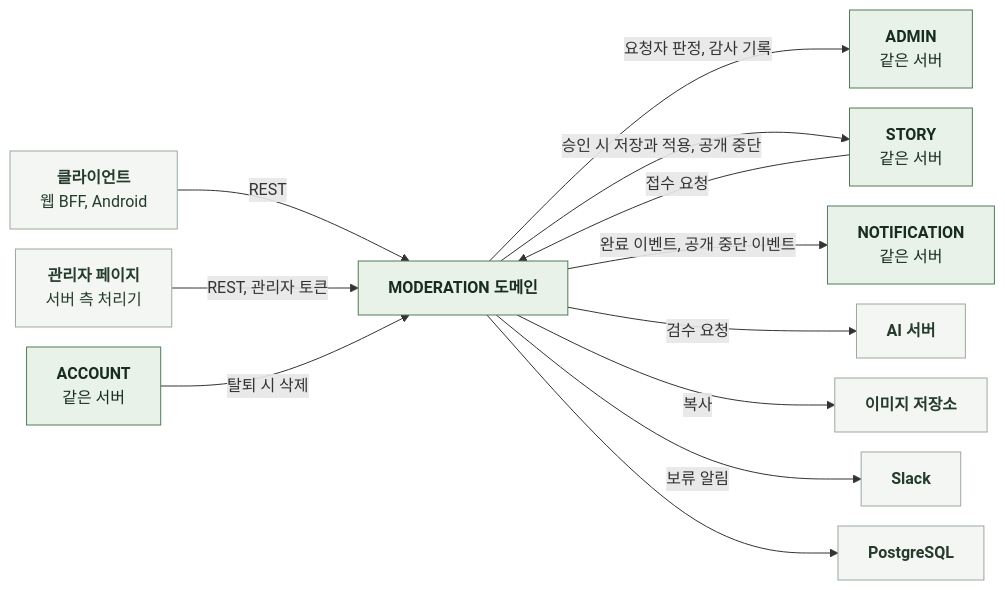
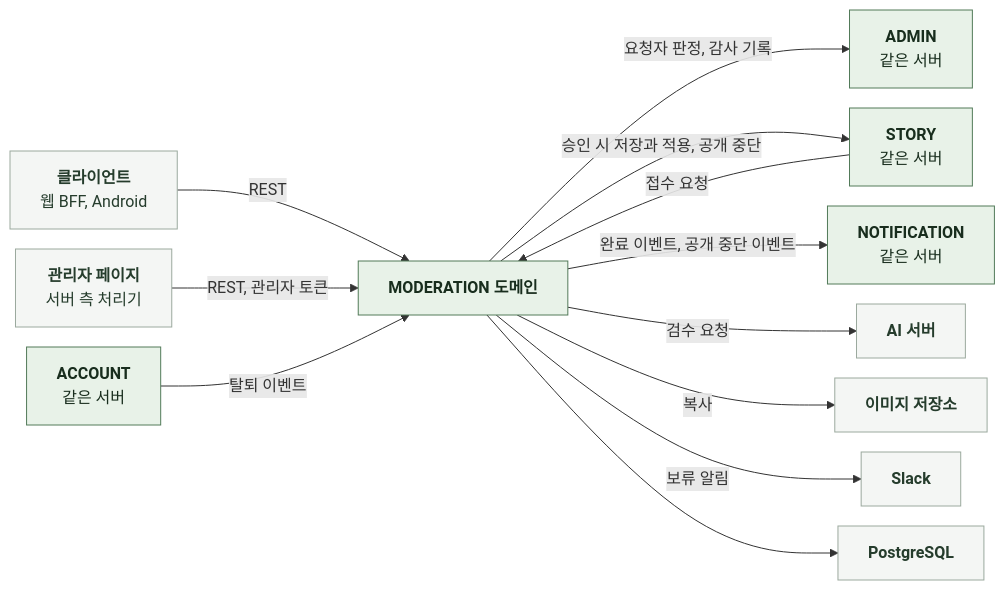
The diagram in docs/domain/MODERATION/BACKEND/3-1-SOFTWARE-ARCHITECTURE.md (KIM-N-KANG/knk-harness), drawn with Mermaid before and after one commit. The commit also changed other lines of this file and 13 other files, not shown here.

````diff
--- a/docs/domain/MODERATION/BACKEND/3-1-SOFTWARE-ARCHITECTURE.md
+++ b/docs/domain/MODERATION/BACKEND/3-1-SOFTWARE-ARCHITECTURE.md
@@ -22,25 +22,25 @@
 ```mermaid
 %%{init: {"flowchart": {"curve": "basis", "nodeSpacing": 20, "rankSpacing": 60}}}%%
 flowchart LR
     C["`**클라이언트**
 웹 BFF, Android`"] -->|REST| S["`**MODERATION 도메인**`"]
     AP["`**관리자 페이지**
 서버 측 처리기`"] -->|REST, 관리자 토큰| S
     S -->|요청자 판정, 감사 기록| AD["`**ADMIN**
 같은 서버`"]
     O["`**STORY**
 같은 서버`"] -->|접수 요청| S
     S -->|승인 시 저장과 적용, 공개 중단| O
     A["`**ACCOUNT**
-같은 서버`"] -->|탈퇴 시 삭제| S
+같은 서버`"] -->|탈퇴 이벤트| S
     S -->|완료 이벤트, 공개 중단 이벤트| N["`**NOTIFICATION**
 같은 서버`"]
     S -->|검수 요청| AI["`**AI 서버**`"]
     S -->|복사| IMG["`**이미지 저장소**`"]
     S -->|보류 알림| SL["`**Slack**`"]
     S --> DB["`**PostgreSQL**`"]
     classDef ext fill:#F4F6F4,stroke:#9BA99E,color:#253C2C
     classDef comp fill:#E8F2E8,stroke:#527A59,color:#182D1D
     class C,AP,AI,IMG,SL,DB ext
     class S,O,A,N,AD comp
 ```
````
